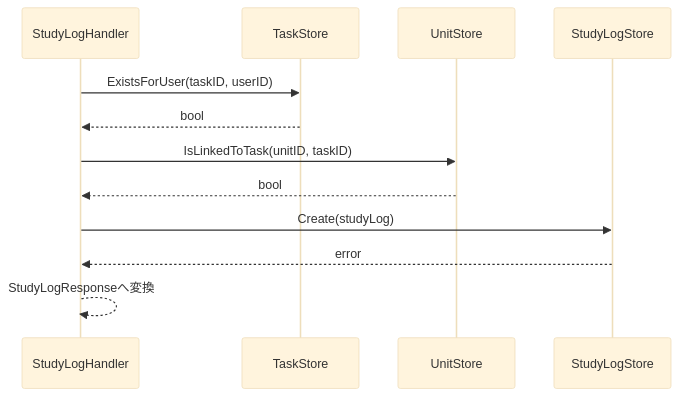
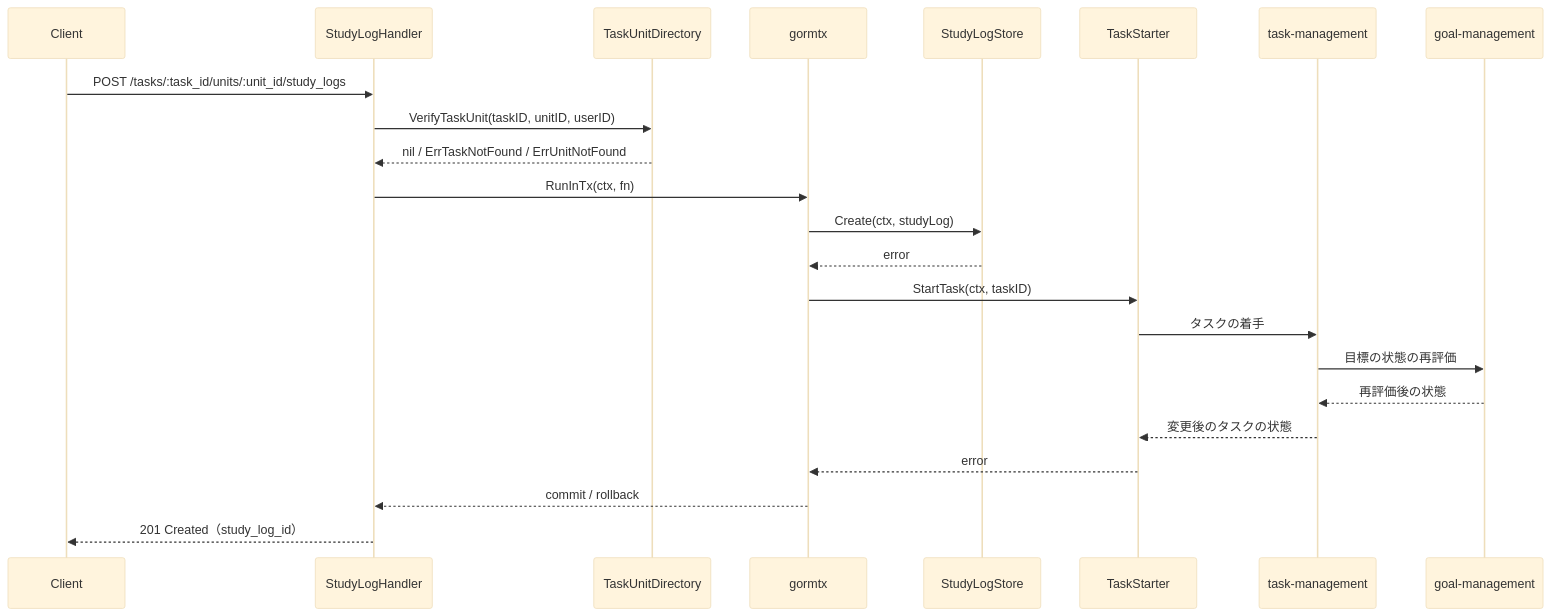
The third of 5 diagrams in 計画書/Go実装仕様書/学習ログ機能_Go実装仕様書.md (yuta20253/edu-platform-go-design), drawn with Mermaid (base theme) before and after one commit. The commit also changed other lines of this file, not shown here.

````diff
--- a/計画書/Go実装仕様書/学習ログ機能_Go実装仕様書.md
+++ b/計画書/Go実装仕様書/学習ログ機能_Go実装仕様書.md
@@ -266,15 +294,26 @@
 ```mermaid
 sequenceDiagram
+    participant C as Client
     participant H as StudyLogHandler
-    participant TS as TaskStore
-    participant US as UnitStore
+    participant TUD as TaskUnitDirectory
+    participant TX as gormtx
     participant SLS as StudyLogStore
+    participant TS as TaskStarter
+    participant TM as task-management
+    participant GM as goal-management
 
-    H->>TS: ExistsForUser(taskID, userID)
-    TS-->>H: bool
-    H->>US: IsLinkedToTask(unitID, taskID)
-    US-->>H: bool
-    H->>SLS: Create(studyLog)
-    SLS-->>H: error
-    H-->>H: StudyLogResponseへ変換
+    C->>H: POST /tasks/:task_id/units/:unit_id/study_logs
+    H->>TUD: VerifyTaskUnit(taskID, unitID, userID)
+    TUD-->>H: nil / ErrTaskNotFound / ErrUnitNotFound
+    H->>TX: RunInTx(ctx, fn)
+    TX->>SLS: Create(ctx, studyLog)
+    SLS-->>TX: error
+    TX->>TS: StartTask(ctx, taskID)
+    TS->>TM: タスクの着手
+    TM->>GM: 目標の状態の再評価
+    GM-->>TM: 再評価後の状態
+    TM-->>TS: 変更後のタスクの状態
+    TS-->>TX: error
+    TX-->>H: commit / rollback
+    H-->>C: 201 Created（study_log_id）
 ```
````
